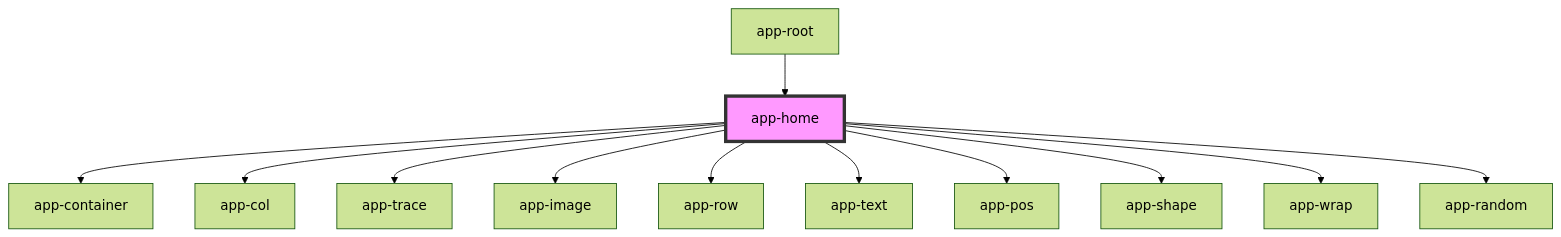
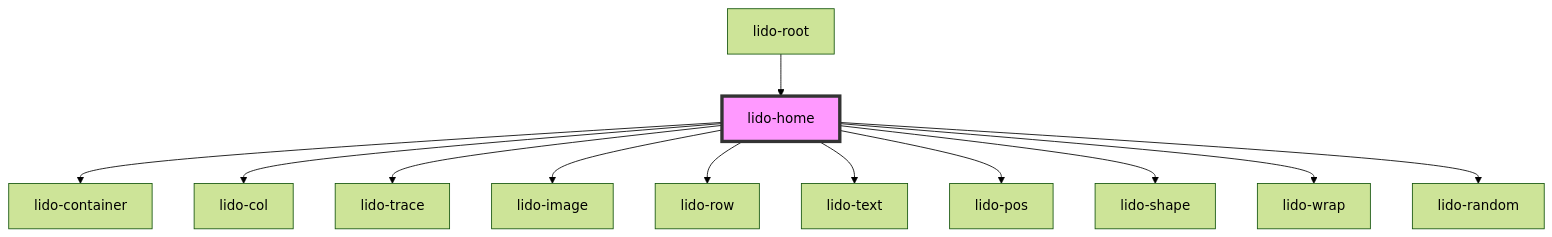
Before and after one commit to chimple/lido-player: the diagram in src/components/home/readme.md, drawn with Mermaid (forest theme). The commit also changed other lines of this file and 40 other files, not shown here.

````diff
--- a/src/components/home/readme.md
+++ b/src/components/home/readme.md
@@ -38,15 +38,15 @@
 ```mermaid
 graph TD;
-  app-home --> app-container
-  app-home --> app-col
-  app-home --> app-trace
-  app-home --> app-image
-  app-home --> app-row
-  app-home --> app-text
-  app-home --> app-pos
-  app-home --> app-shape
-  app-home --> app-wrap
-  app-home --> app-random
-  app-root --> app-home
-  style app-home fill:#f9f,stroke:#333,stroke-width:4px
+  lido-home --> lido-container
+  lido-home --> lido-col
+  lido-home --> lido-trace
+  lido-home --> lido-image
+  lido-home --> lido-row
+  lido-home --> lido-text
+  lido-home --> lido-pos
+  lido-home --> lido-shape
+  lido-home --> lido-wrap
+  lido-home --> lido-random
+  lido-root --> lido-home
+  style lido-home fill:#f9f,stroke:#333,stroke-width:4px
 ```
````
